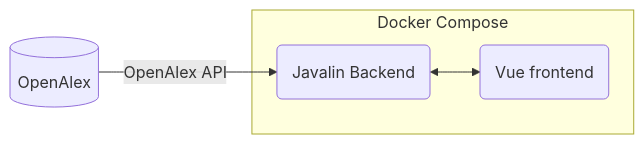
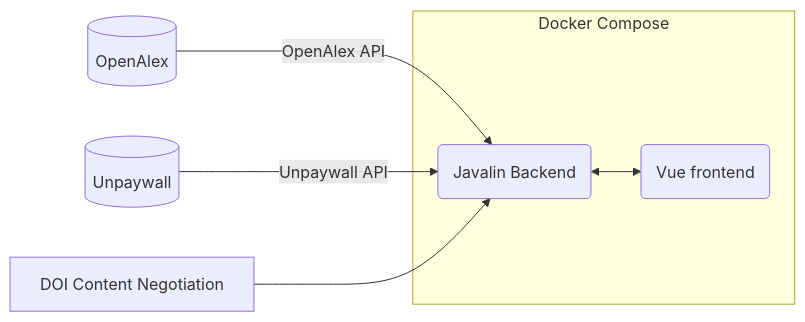
One commit to yvvijay121/citerva changed the diagram in README.md. Above: the diagram before and after it, drawn with Mermaid.

````diff
--- a/README.md
+++ b/README.md
@@ -8,7 +8,9 @@
 ```mermaid
 graph LR
-    A[(OpenAlex)] -->|OpenAlex API| B
+    A[(OpenAlex)] --> |OpenAlex API| D
+    B[(Unpaywall)] --> |Unpaywall API| D
+    C[DOI Content Negotiation] --> D
     subgraph Docker Compose
-        B(Javalin Backend) <--> C(Vue frontend)
+        D(Javalin Backend) <--> E(Vue frontend)
     end
 ```
````
